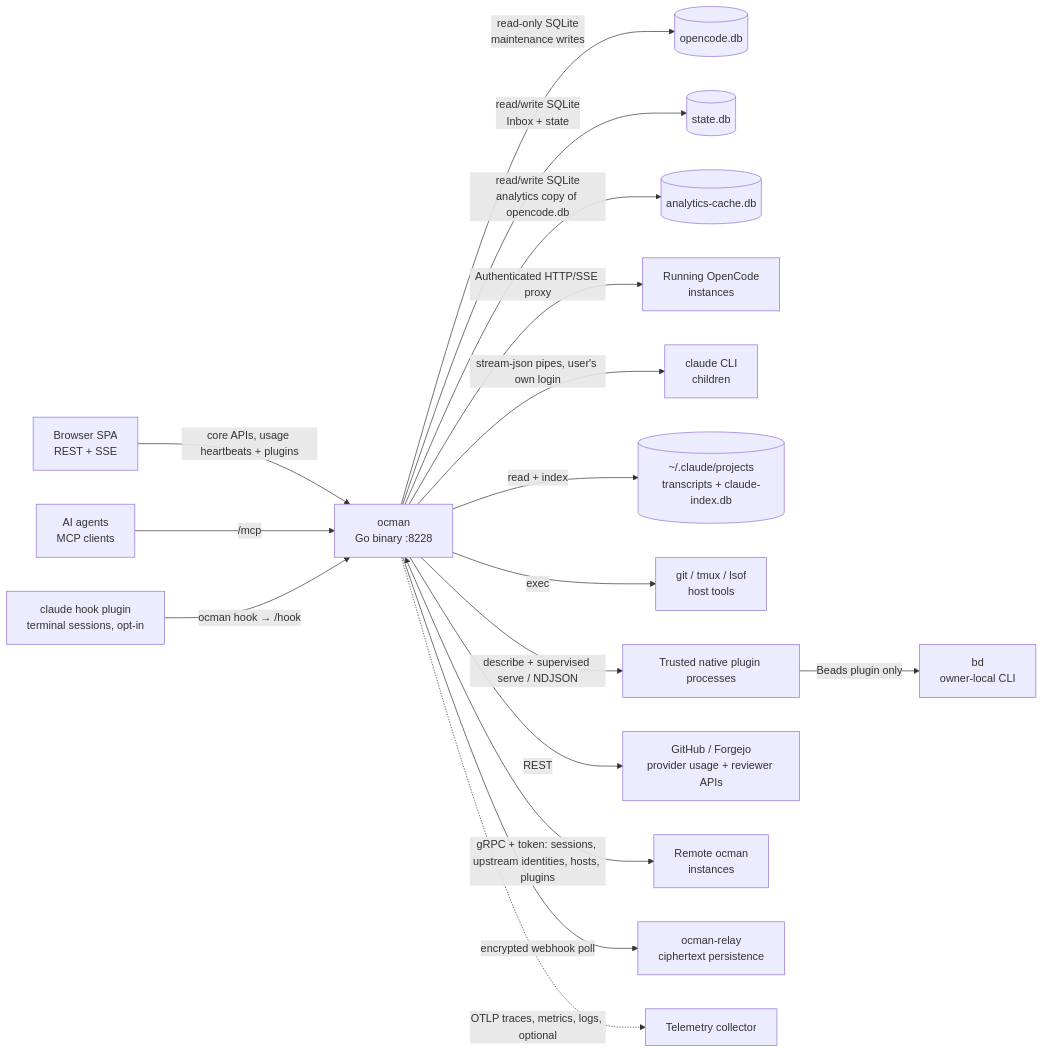
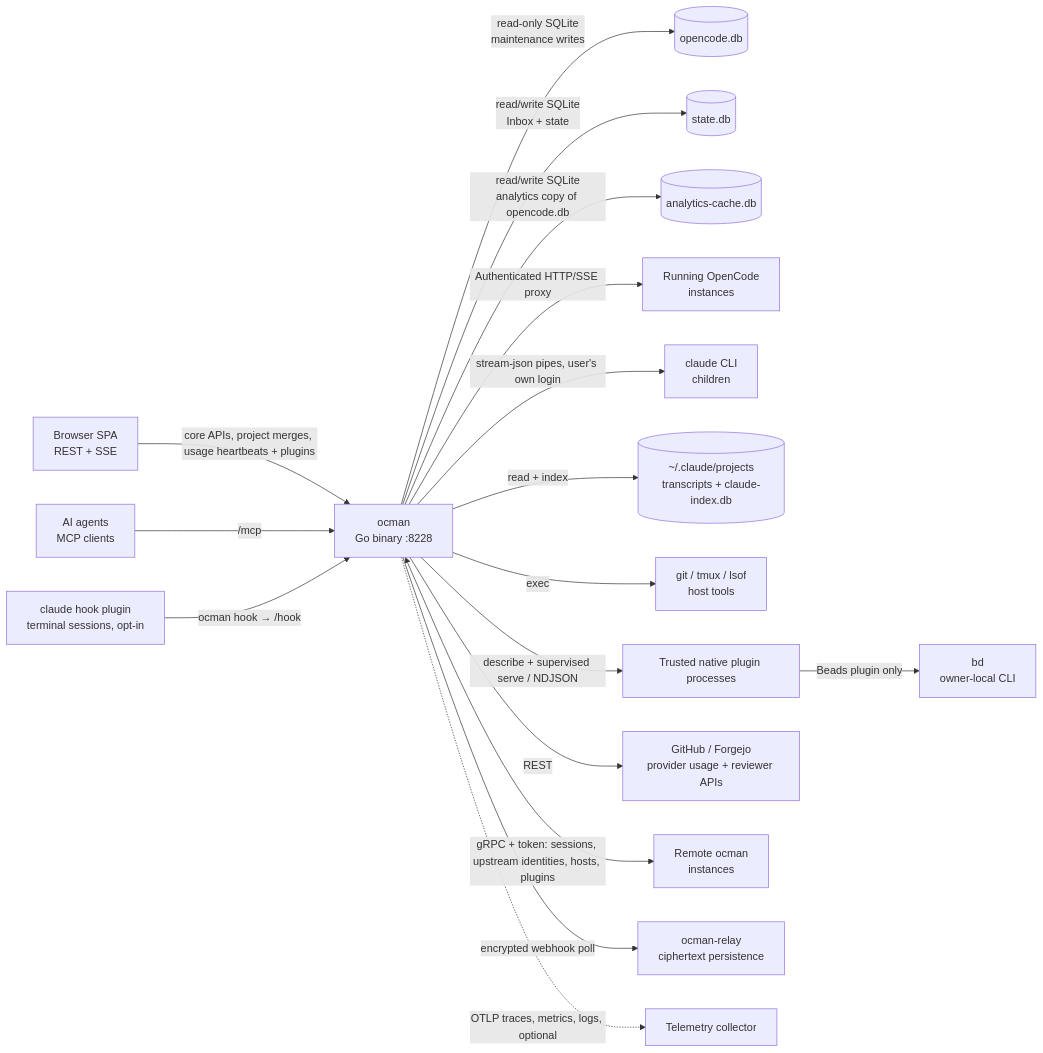
The second of 5 diagrams in docs/other/architecture.md (ocman/ocman), drawn with Mermaid before and after one commit. The commit also changed other lines of this file and 15 other files, not shown here.

````diff
--- a/docs/other/architecture.md
+++ b/docs/other/architecture.md
@@ -50,19 +50,19 @@
 ```mermaid
 flowchart LR
-    Browser[Browser SPA<br/>REST + SSE] -->|core APIs, usage heartbeats + plugins| Ocman[ocman<br/>Go binary :8228]
+    Browser[Browser SPA<br/>REST + SSE] -->|core APIs, project merges, usage heartbeats + plugins| Ocman[ocman<br/>Go binary :8228]
     Agent[AI agents<br/>MCP clients] -->|/mcp| Ocman
     Ocman -->|read-only SQLite<br/>maintenance writes| OCDB[(opencode.db)]
     Ocman -->|read/write SQLite<br/>Inbox + state| StateDB[(state.db)]
     Ocman -->|read/write SQLite<br/>analytics copy of opencode.db| Cache[(analytics-cache.db)]
     Ocman -->|Authenticated HTTP/SSE proxy| OCInst[Running OpenCode<br/>instances]
     Ocman -->|stream-json pipes, user's own login| ClaudeCLI[claude CLI<br/>children]
     Ocman -->|read + index| ClaudeDir[(~/.claude/projects<br/>transcripts + claude-index.db)]
     ClaudeHooks[claude hook plugin<br/>terminal sessions, opt-in] -->|ocman hook → /hook| Ocman
     Ocman -->|exec| Shell[git / tmux / lsof<br/>host tools]
     Ocman -->|describe + supervised serve / NDJSON| PluginExec[Trusted native plugin processes]
     PluginExec -->|Beads plugin only| Beads[bd<br/>owner-local CLI]
     Ocman -->|REST| APIs[GitHub / Forgejo<br/>provider usage + reviewer APIs]
     Ocman <-->|gRPC + token: sessions, upstream identities, hosts, plugins| Remotes[Remote ocman<br/>instances]
     Ocman -->|encrypted webhook poll| Relay[ocman-relay<br/>ciphertext persistence]
     Ocman -.->|OTLP traces, metrics, logs, optional| Otel[Telemetry collector]
 ```
````
